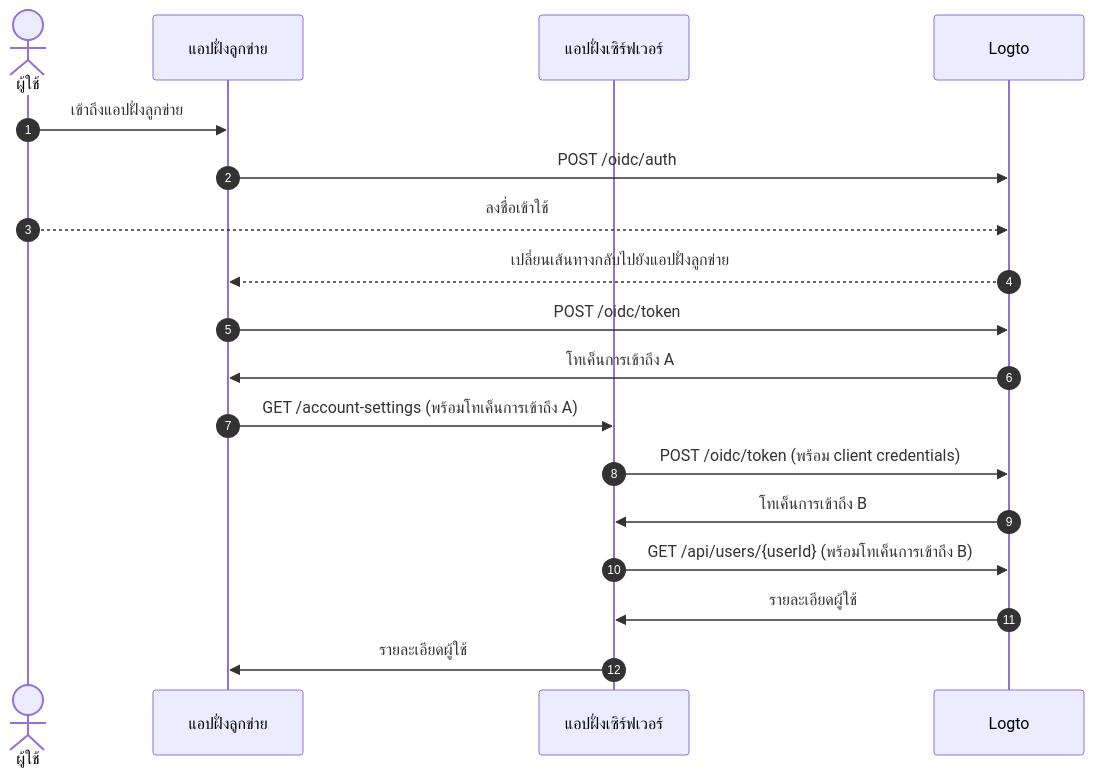
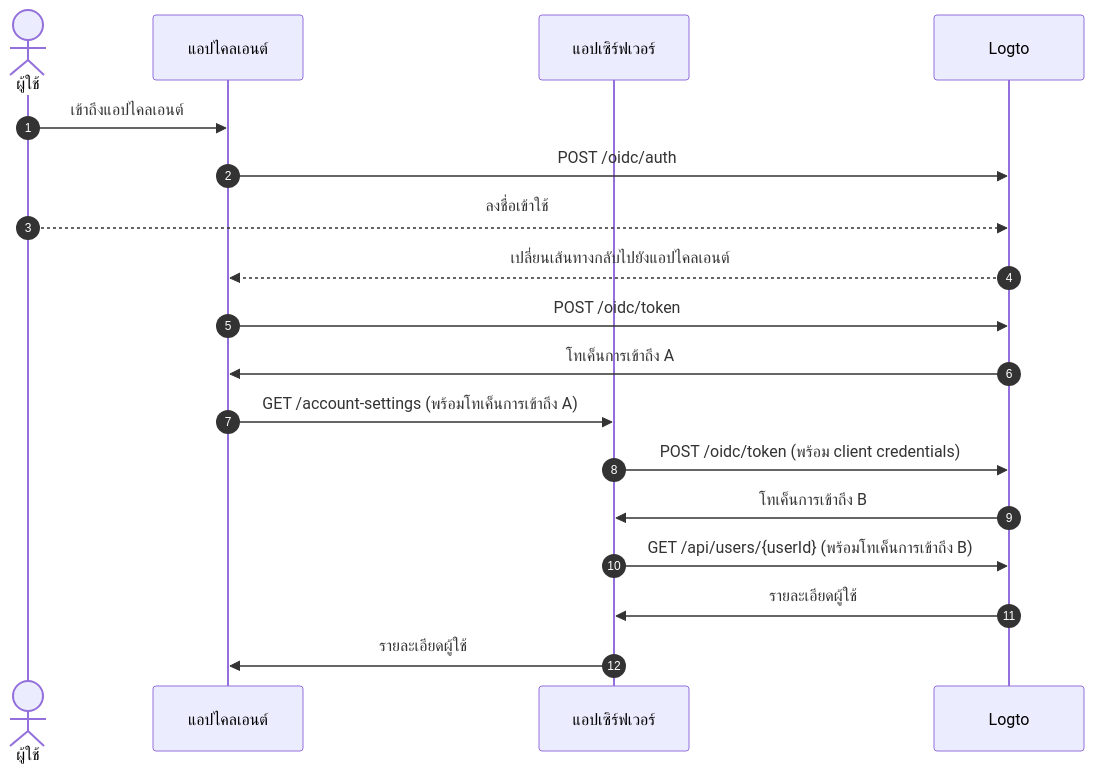
One commit to logto-io/docs changed the second of 3 diagrams in i18n/th/docusaurus-plugin-content-docs/current/end-user-flows/account-settings/by-management-api.mdx. Above: the diagram before and after it, drawn with Mermaid. The commit also changed other lines of this file and 74 other files, not shown here.

````diff
--- a/i18n/th/docusaurus-plugin-content-docs/current/end-user-flows/account-settings/by-management-api.mdx
+++ b/i18n/th/docusaurus-plugin-content-docs/current/end-user-flows/account-settings/by-management-api.mdx
@@ -27,21 +27,21 @@
 ```mermaid
   sequenceDiagram
     autonumber
     actor User as ผู้ใช้
-    participant Client as แอปฝั่งลูกข่าย
-    participant Server as แอปฝั่งเซิร์ฟเวอร์
+    participant Client as แอปไคลเอนต์
+    participant Server as แอปเซิร์ฟเวอร์
     participant Logto as Logto
 
-    User ->> Client: เข้าถึงแอปฝั่งลูกข่าย
+    User ->> Client: เข้าถึงแอปไคลเอนต์
     Client ->> Logto: POST /oidc/auth
     User -->> Logto: ลงชื่อเข้าใช้
-    Logto -->> Client: เปลี่ยนเส้นทางกลับไปยังแอปฝั่งลูกข่าย
+    Logto -->> Client: เปลี่ยนเส้นทางกลับไปยังแอปไคลเอนต์
     Client ->> Logto: POST /oidc/token
     Logto ->> Client: โทเค็นการเข้าถึง A
     Client ->> Server: GET /account-settings (พร้อมโทเค็นการเข้าถึง A)
     Server ->> Logto: POST /oidc/token (พร้อม client credentials)
     Logto ->> Server: โทเค็นการเข้าถึง B
     Server ->> Logto: GET /api/users/{userId} (พร้อมโทเค็นการเข้าถึง B)
     Logto ->> Server: รายละเอียดผู้ใช้
     Server ->> Client: รายละเอียดผู้ใช้
 ```
````
